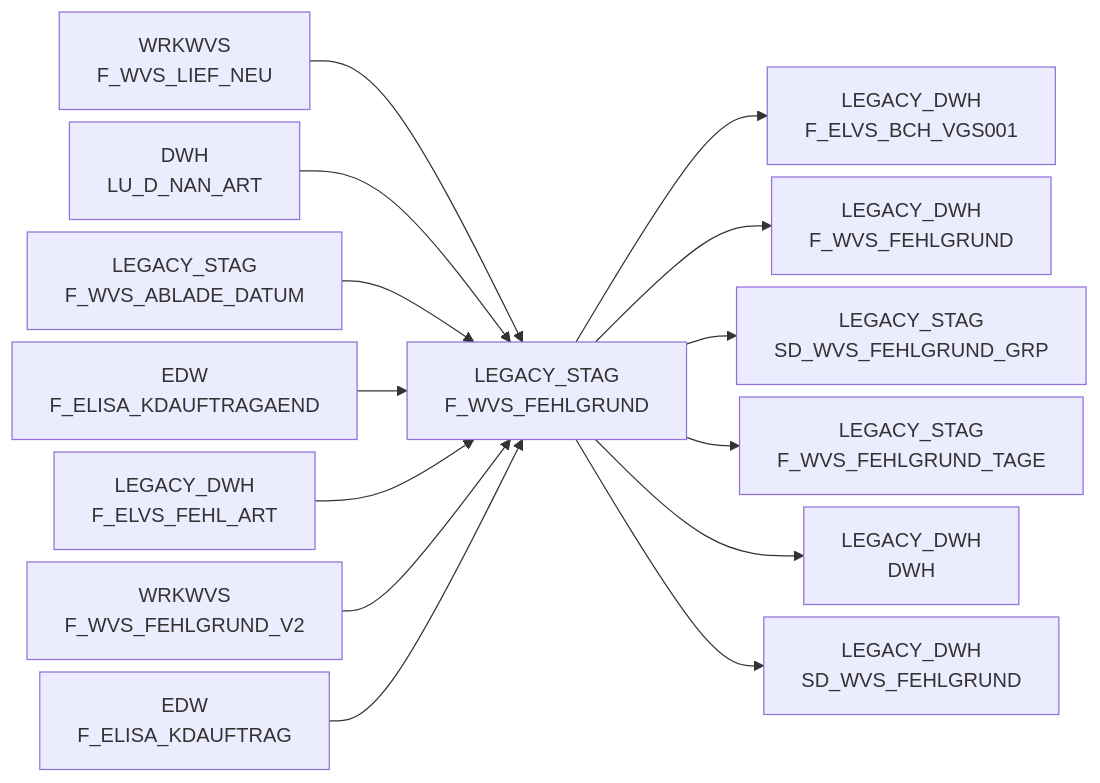
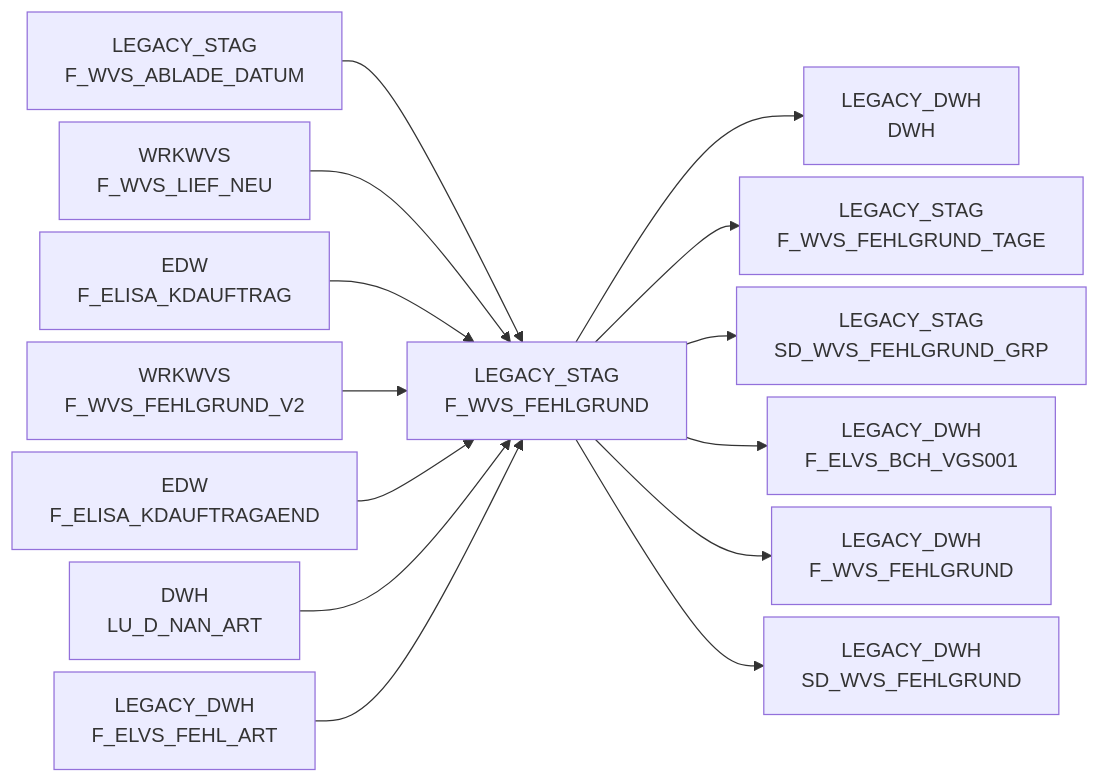
Before and after one commit to integration-factory-de/sas_code_docs: the diagram in docs/Tables/LEGACY_STAG/F_WVS_FEHLGRUND.md, drawn with Mermaid. The commit also changed other lines of this file and 129 other files, not shown here.

````diff
--- a/docs/Tables/LEGACY_STAG/F_WVS_FEHLGRUND.md
+++ b/docs/Tables/LEGACY_STAG/F_WVS_FEHLGRUND.md
@@ -9,45 +15,45 @@
 ```mermaid
 %%{init: {'flowchart': { 'nodeSpacing': 10, 'rankSpacing': 40, 'rankdir': 'TB' }}}%%
 
 flowchart LR
 
+  LEGACY_STAG.F_WVS_FEHLGRUND["LEGACY_STAG<br/>F_WVS_FEHLGRUND"] --> LEGACY_DWH.DWH["LEGACY_DWH<br/>DWH"]
+  LEGACY_STAG.F_WVS_ABLADE_DATUM["LEGACY_STAG<br/>F_WVS_ABLADE_DATUM"] --> LEGACY_STAG.F_WVS_FEHLGRUND["LEGACY_STAG<br/>F_WVS_FEHLGRUND"]
   WRKWVS.F_WVS_LIEF_NEU["WRKWVS<br/>F_WVS_LIEF_NEU"] --> LEGACY_STAG.F_WVS_FEHLGRUND["LEGACY_STAG<br/>F_WVS_FEHLGRUND"]
+  EDW.F_ELISA_KDAUFTRAG["EDW<br/>F_ELISA_KDAUFTRAG"] --> LEGACY_STAG.F_WVS_FEHLGRUND["LEGACY_STAG<br/>F_WVS_FEHLGRUND"]
+  LEGACY_STAG.F_WVS_FEHLGRUND["LEGACY_STAG<br/>F_WVS_FEHLGRUND"] --> LEGACY_STAG.F_WVS_FEHLGRUND_TAGE["LEGACY_STAG<br/>F_WVS_FEHLGRUND_TAGE"]
+  WRKWVS.F_WVS_FEHLGRUND_V2["WRKWVS<br/>F_WVS_FEHLGRUND_V2"] --> LEGACY_STAG.F_WVS_FEHLGRUND["LEGACY_STAG<br/>F_WVS_FEHLGRUND"]
+  LEGACY_STAG.F_WVS_FEHLGRUND["LEGACY_STAG<br/>F_WVS_FEHLGRUND"] --> LEGACY_STAG.SD_WVS_FEHLGRUND_GRP["LEGACY_STAG<br/>SD_WVS_FEHLGRUND_GRP"]
+  EDW.F_ELISA_KDAUFTRAGAEND["EDW<br/>F_ELISA_KDAUFTRAGAEND"] --> LEGACY_STAG.F_WVS_FEHLGRUND["LEGACY_STAG<br/>F_WVS_FEHLGRUND"]
   DWH.LU_D_NAN_ART["DWH<br/>LU_D_NAN_ART"] --> LEGACY_STAG.F_WVS_FEHLGRUND["LEGACY_STAG<br/>F_WVS_FEHLGRUND"]
   LEGACY_STAG.F_WVS_FEHLGRUND["LEGACY_STAG<br/>F_WVS_FEHLGRUND"] --> LEGACY_DWH.F_ELVS_BCH_VGS001["LEGACY_DWH<br/>F_ELVS_BCH_VGS001"]
-  LEGACY_STAG.F_WVS_ABLADE_DATUM["LEGACY_STAG<br/>F_WVS_ABLADE_DATUM"] --> LEGACY_STAG.F_WVS_FEHLGRUND["LEGACY_STAG<br/>F_WVS_FEHLGRUND"]
+  LEGACY_DWH.F_ELVS_FEHL_ART["LEGACY_DWH<br/>F_ELVS_FEHL_ART"] --> LEGACY_STAG.F_WVS_FEHLGRUND["LEGACY_STAG<br/>F_WVS_FEHLGRUND"]
   LEGACY_STAG.F_WVS_FEHLGRUND["LEGACY_STAG<br/>F_WVS_FEHLGRUND"] --> LEGACY_DWH.F_WVS_FEHLGRUND["LEGACY_DWH<br/>F_WVS_FEHLGRUND"]
-  EDW.F_ELISA_KDAUFTRAGAEND["EDW<br/>F_ELISA_KDAUFTRAGAEND"] --> LEGACY_STAG.F_WVS_FEHLGRUND["LEGACY_STAG<br/>F_WVS_FEHLGRUND"]
-  LEGACY_DWH.F_ELVS_FEHL_ART["LEGACY_DWH<br/>F_ELVS_FEHL_ART"] --> LEGACY_STAG.F_WVS_FEHLGRUND["LEGACY_STAG<br/>F_WVS_FEHLGRUND"]
-  LEGACY_STAG.F_WVS_FEHLGRUND["LEGACY_STAG<br/>F_WVS_FEHLGRUND"] --> LEGACY_STAG.SD_WVS_FEHLGRUND_GRP["LEGACY_STAG<br/>SD_WVS_FEHLGRUND_GRP"]
-  WRKWVS.F_WVS_FEHLGRUND_V2["WRKWVS<br/>F_WVS_FEHLGRUND_V2"] --> LEGACY_STAG.F_WVS_FEHLGRUND["LEGACY_STAG<br/>F_WVS_FEHLGRUND"]
-  LEGACY_STAG.F_WVS_FEHLGRUND["LEGACY_STAG<br/>F_WVS_FEHLGRUND"] --> LEGACY_STAG.F_WVS_FEHLGRUND_TAGE["LEGACY_STAG<br/>F_WVS_FEHLGRUND_TAGE"]
-  LEGACY_STAG.F_WVS_FEHLGRUND["LEGACY_STAG<br/>F_WVS_FEHLGRUND"] --> LEGACY_DWH.DWH["LEGACY_DWH<br/>DWH"]
   LEGACY_STAG.F_WVS_FEHLGRUND["LEGACY_STAG<br/>F_WVS_FEHLGRUND"] --> LEGACY_DWH.SD_WVS_FEHLGRUND["LEGACY_DWH<br/>SD_WVS_FEHLGRUND"]
-  EDW.F_ELISA_KDAUFTRAG["EDW<br/>F_ELISA_KDAUFTRAG"] --> LEGACY_STAG.F_WVS_FEHLGRUND["LEGACY_STAG<br/>F_WVS_FEHLGRUND"]
-  click WRKWVS.F_WVS_LIEF_NEU "../../tables/WRKWVS/F_WVS_LIEF_NEU"
-  click DWH.LU_D_NAN_ART "../../tables/DWH/LU_D_NAN_ART"
   click LEGACY_STAG.F_WVS_FEHLGRUND "../../tables/LEGACY_STAG/F_WVS_FEHLGRUND"
   click LEGACY_STAG.F_WVS_ABLADE_DATUM "../../tables/LEGACY_STAG/F_WVS_ABLADE_DATUM"
-  click LEGACY_STAG.F_WVS_FEHLGRUND "../../tables/LEGACY_STAG/F_WVS_FEHLGRUND"
-  click EDW.F_ELISA_KDAUFTRAGAEND "../../tables/EDW/F_ELISA_KDAUFTRAGAEND"
-  click LEGACY_DWH.F_ELVS_FEHL_ART "../../tables/LEGACY_DWH/F_ELVS_FEHL_ART"
+  click WRKWVS.F_WVS_LIEF_NEU "../../tables/WRKWVS/F_WVS_LIEF_NEU"
+  click EDW.F_ELISA_KDAUFTRAG "../../tables/EDW/F_ELISA_KDAUFTRAG"
   click LEGACY_STAG.F_WVS_FEHLGRUND "../../tables/LEGACY_STAG/F_WVS_FEHLGRUND"
   click WRKWVS.F_WVS_FEHLGRUND_V2 "../../tables/WRKWVS/F_WVS_FEHLGRUND_V2"
   click LEGACY_STAG.F_WVS_FEHLGRUND "../../tables/LEGACY_STAG/F_WVS_FEHLGRUND"
+  click EDW.F_ELISA_KDAUFTRAGAEND "../../tables/EDW/F_ELISA_KDAUFTRAGAEND"
+  click DWH.LU_D_NAN_ART "../../tables/DWH/LU_D_NAN_ART"
+  click LEGACY_STAG.F_WVS_FEHLGRUND "../../tables/LEGACY_STAG/F_WVS_FEHLGRUND"
+  click LEGACY_DWH.F_ELVS_FEHL_ART "../../tables/LEGACY_DWH/F_ELVS_FEHL_ART"
   click LEGACY_STAG.F_WVS_FEHLGRUND "../../tables/LEGACY_STAG/F_WVS_FEHLGRUND"
   click LEGACY_STAG.F_WVS_FEHLGRUND "../../tables/LEGACY_STAG/F_WVS_FEHLGRUND"
-  click EDW.F_ELISA_KDAUFTRAG "../../tables/EDW/F_ELISA_KDAUFTRAG"
+  click LEGACY_DWH.DWH "../../tables/LEGACY_DWH/DWH"
+  click LEGACY_STAG.F_WVS_FEHLGRUND "../../tables/LEGACY_STAG/F_WVS_FEHLGRUND"
+  click LEGACY_STAG.F_WVS_FEHLGRUND "../../tables/LEGACY_STAG/F_WVS_FEHLGRUND"
+  click LEGACY_STAG.F_WVS_FEHLGRUND "../../tables/LEGACY_STAG/F_WVS_FEHLGRUND"
+  click LEGACY_STAG.F_WVS_FEHLGRUND_TAGE "../../tables/LEGACY_STAG/F_WVS_FEHLGRUND_TAGE"
+  click LEGACY_STAG.F_WVS_FEHLGRUND "../../tables/LEGACY_STAG/F_WVS_FEHLGRUND"
+  click LEGACY_STAG.SD_WVS_FEHLGRUND_GRP "../../tables/LEGACY_STAG/SD_WVS_FEHLGRUND_GRP"
   click LEGACY_STAG.F_WVS_FEHLGRUND "../../tables/LEGACY_STAG/F_WVS_FEHLGRUND"
   click LEGACY_STAG.F_WVS_FEHLGRUND "../../tables/LEGACY_STAG/F_WVS_FEHLGRUND"
   click LEGACY_DWH.F_ELVS_BCH_VGS001 "../../tables/LEGACY_DWH/F_ELVS_BCH_VGS001"
   click LEGACY_STAG.F_WVS_FEHLGRUND "../../tables/LEGACY_STAG/F_WVS_FEHLGRUND"
   click LEGACY_DWH.F_WVS_FEHLGRUND "../../tables/LEGACY_DWH/F_WVS_FEHLGRUND"
-  click LEGACY_STAG.F_WVS_FEHLGRUND "../../tables/LEGACY_STAG/F_WVS_FEHLGRUND"
-  click LEGACY_STAG.F_WVS_FEHLGRUND "../../tables/LEGACY_STAG/F_WVS_FEHLGRUND"
-  click LEGACY_STAG.SD_WVS_FEHLGRUND_GRP "../../tables/LEGACY_STAG/SD_WVS_FEHLGRUND_GRP"
-  click LEGACY_STAG.F_WVS_FEHLGRUND "../../tables/LEGACY_STAG/F_WVS_FEHLGRUND"
-  click LEGACY_STAG.F_WVS_FEHLGRUND_TAGE "../../tables/LEGACY_STAG/F_WVS_FEHLGRUND_TAGE"
-  click LEGACY_DWH.DWH "../../tables/LEGACY_DWH/DWH"
   click LEGACY_DWH.SD_WVS_FEHLGRUND "../../tables/LEGACY_DWH/SD_WVS_FEHLGRUND"
-  click LEGACY_STAG.F_WVS_FEHLGRUND "../../tables/LEGACY_STAG/F_WVS_FEHLGRUND"
 ```
````
